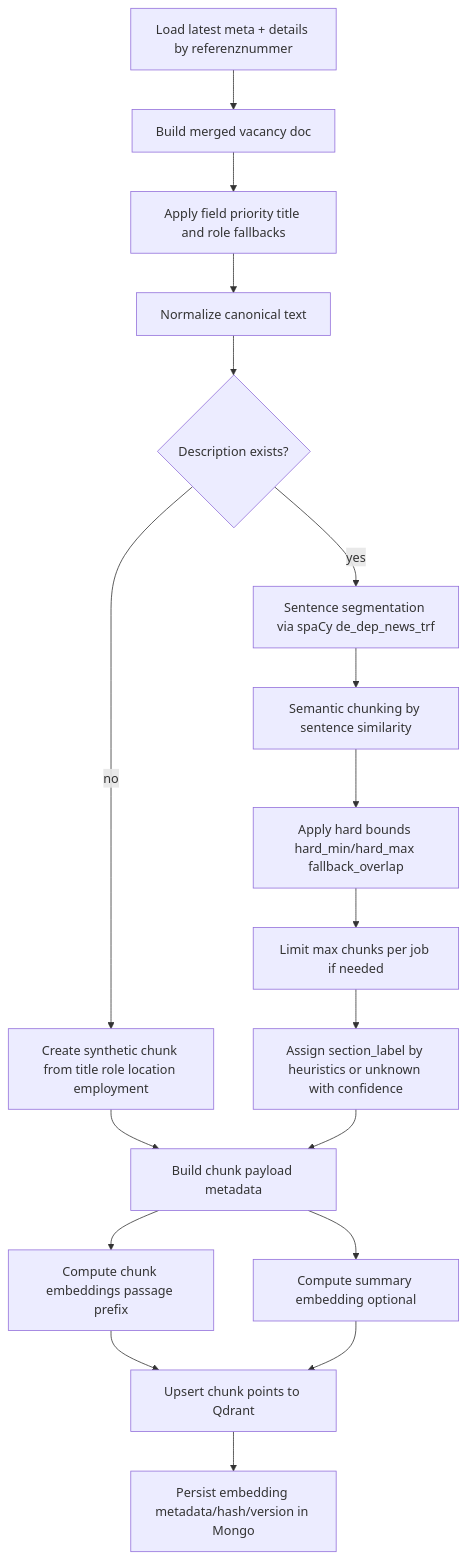
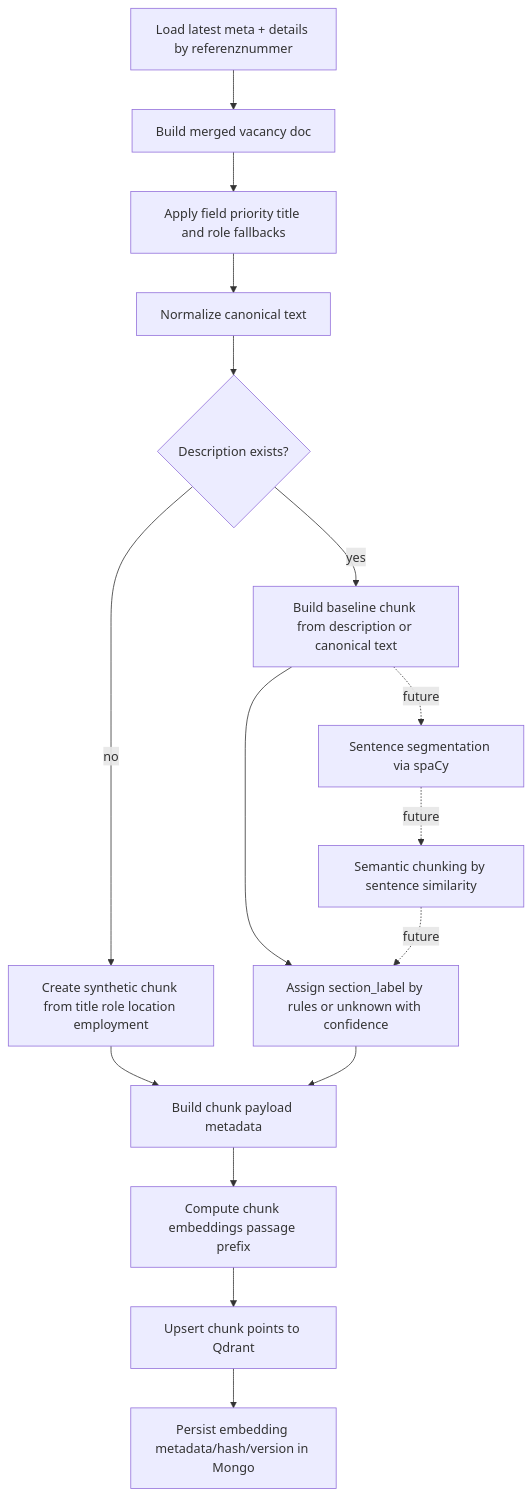
Before and after one commit to oleksiydi/jobseeker-cli-dev: the diagram in docs/architecture/16-embedding-chunking-flow-diagram.md, drawn with Mermaid. The commit also changed other lines of this file and 3 other files, not shown here.

Commit message:
docs(index): sync diagrams and status with baseline chunking

````diff
--- a/docs/architecture/16-embedding-chunking-flow-diagram.md
+++ b/docs/architecture/16-embedding-chunking-flow-diagram.md
@@ -7,23 +11,23 @@
 ```mermaid
 flowchart TD
     A[Load latest meta + details by referenznummer] --> B[Build merged vacancy doc]
     B --> C[Apply field priority title and role fallbacks]
     C --> D[Normalize canonical text]
     D --> E{Description exists?}
 
     E -- no --> F[Create synthetic chunk from title role location employment]
-    E -- yes --> G[Sentence segmentation via spaCy de_dep_news_trf]
-    G --> H[Semantic chunking by sentence similarity]
-    H --> I[Apply hard bounds hard_min/hard_max fallback_overlap]
-    I --> J[Limit max chunks per job if needed]
-    J --> S[Assign section_label by heuristics or unknown with confidence]
+    E -- yes --> G[Build baseline chunk from description or canonical text]
+    G --> S[Assign section_label by rules or unknown with confidence]
 
     F --> K[Build chunk payload metadata]
     S --> K
 
     K --> L[Compute chunk embeddings passage prefix]
-    K --> M[Compute summary embedding optional]
     L --> N[Upsert chunk points to Qdrant]
-    M --> N
     N --> O[Persist embedding metadata/hash/version in Mongo]
+
+    %% Planned path (not implemented yet):
+    G -. future .-> P[Sentence segmentation via spaCy]
+    P -. future .-> Q[Semantic chunking by sentence similarity]
+    Q -. future .-> S
 ```
````
